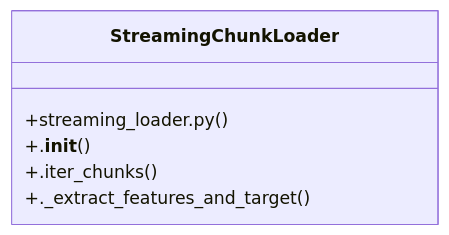
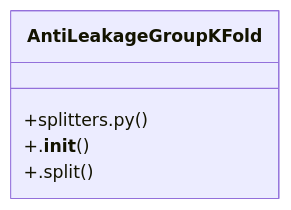
Before and after one commit to FY72X9/is_ai-vuln: the diagram in graphify-out/wiki/Community_2.md, drawn with Mermaid. The commit also changed other lines of this file and 66 other files, not shown here.

Commit message:
docs: generate project knowledge graph and wiki documentation

````diff
--- a/graphify-out/wiki/Community_2.md
+++ b/graphify-out/wiki/Community_2.md
@@ -36,9 +36,8 @@
 ```mermaid
 classDiagram
-    class StreamingChunkLoader {
-        +streaming_loader.py()
+    class AntiLeakageGroupKFold {
+        +splitters.py()
         +.__init__()
-        +.iter_chunks()
-        +._extract_features_and_target()
+        +.split()
     }
 ```
````
